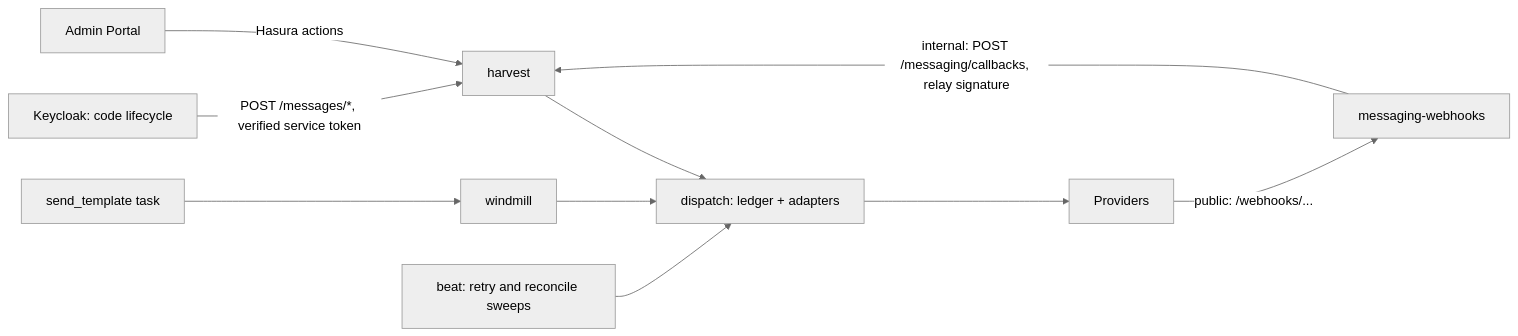
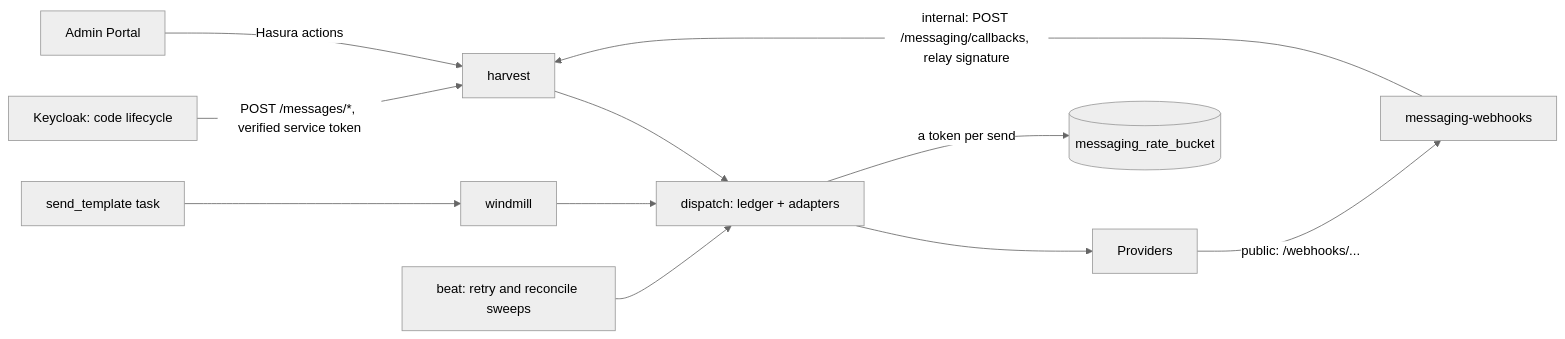
The diagram in docs/docusaurus/docs/07-developers/14-messaging/01-messaging-architecture.md (sequentech/step), drawn with Mermaid (neutral theme) before and after one commit. The commit also changed other lines of this file and 18 other files, not shown here.

````diff
--- a/docs/docusaurus/docs/07-developers/14-messaging/01-messaging-architecture.md
+++ b/docs/docusaurus/docs/07-developers/14-messaging/01-messaging-architecture.md
@@ -19,12 +19,13 @@
 ```mermaid
 flowchart LR
   K[Keycloak: code lifecycle] -->|POST /messages/*, verified service token| H[harvest]
   A[Admin Portal] -->|Hasura actions| H
   S[send_template task] --> W[windmill]
   H --> D[dispatch: ledger + adapters]
   W --> D
   D --> P[Providers]
   P -->|public: /webhooks/...| C[messaging-webhooks]
   C -->|internal: POST /messaging/callbacks, relay signature| H
   B[beat: retry and reconcile sweeps] --> D
+  D -->|a token per send| R[(messaging_rate_bucket)]
 ```
````
